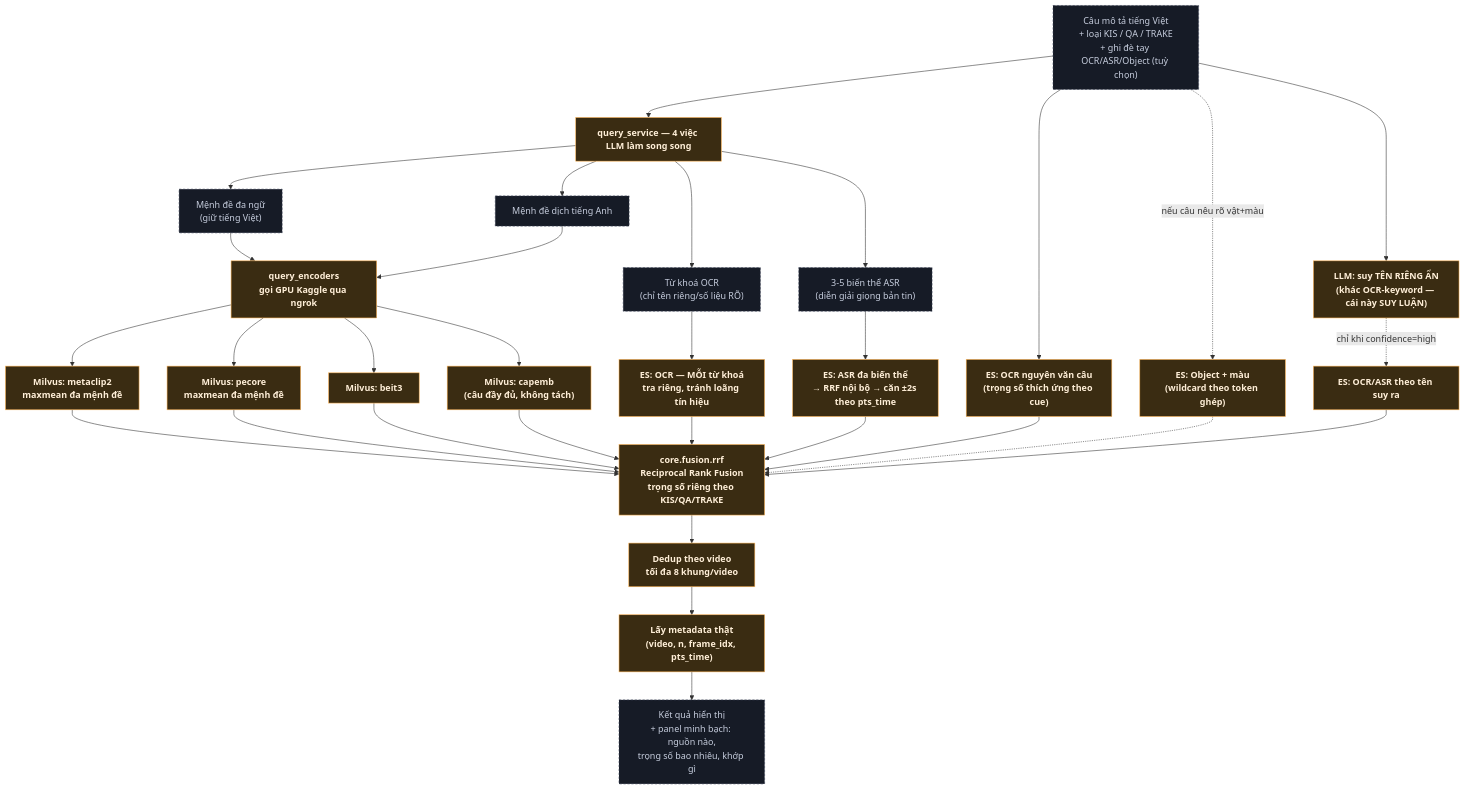
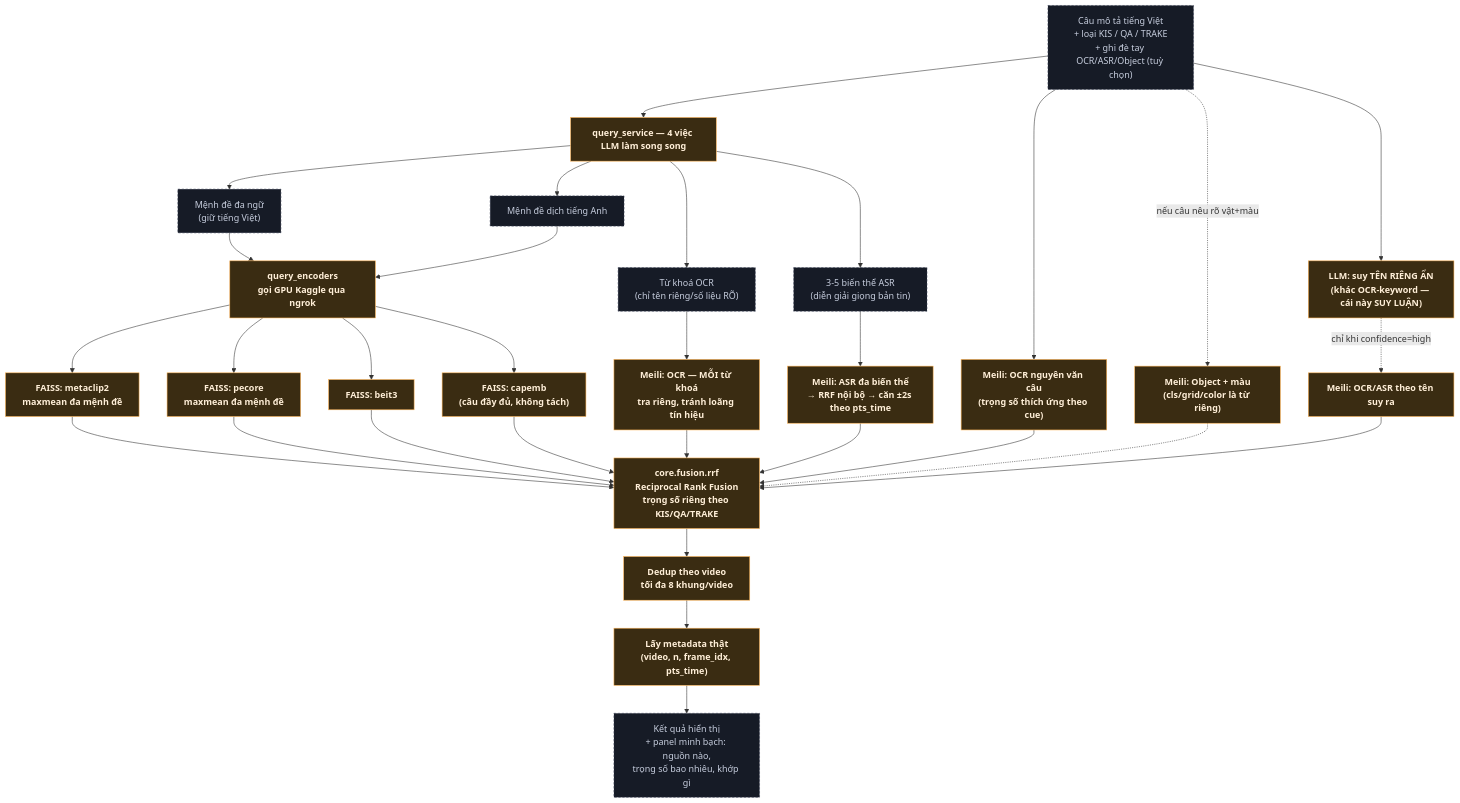
One commit to manhdungcr7/RTC_SYSTEM changed the third of 6 diagrams in PIPELINE.md. Above: the diagram before and after it, drawn with Mermaid. The commit also changed other lines of this file and 23 other files, not shown here.

````diff
--- a/PIPELINE.md
+++ b/PIPELINE.md
@@ -115,35 +115,35 @@
 ```mermaid
 flowchart TD
   classDef online fill:#3a2c12,stroke:#ffb454,color:#ffefd8,font-weight:600;
   classDef infra fill:#1c2340,stroke:#8aa2ff,color:#e6ebff,font-weight:600;
   classDef io fill:#161b26,stroke:#3a4256,color:#c7cede,stroke-dasharray: 4 3;
 
   Q["Câu mô tả tiếng Việt<br/>+ loại KIS / QA / TRAKE<br/>+ ghi đè tay OCR/ASR/Object (tuỳ chọn)"]:::io
 
   Q --> QS["query_service — 4 việc LLM làm song song"]:::online
   QS --> CMC["Mệnh đề đa ngữ<br/>(giữ tiếng Việt)"]:::io
   QS --> CEN["Mệnh đề dịch tiếng Anh"]:::io
   QS --> OKW["Từ khoá OCR<br/>(chỉ tên riêng/số liệu RÕ)"]:::io
   QS --> APA["3-5 biến thể ASR<br/>(diễn giải giọng bản tin)"]:::io
 
   CMC & CEN --> ENC["query_encoders<br/>gọi GPU Kaggle qua ngrok"]:::online
 
-  ENC --> SM["Milvus: metaclip2<br/>maxmean đa mệnh đề"]:::online
-  ENC --> SP["Milvus: pecore<br/>maxmean đa mệnh đề"]:::online
-  ENC --> SB["Milvus: beit3"]:::online
-  ENC --> SC["Milvus: capemb<br/>(câu đầy đủ, không tách)"]:::online
+  ENC --> SM["FAISS: metaclip2<br/>maxmean đa mệnh đề"]:::online
+  ENC --> SP["FAISS: pecore<br/>maxmean đa mệnh đề"]:::online
+  ENC --> SB["FAISS: beit3"]:::online
+  ENC --> SC["FAISS: capemb<br/>(câu đầy đủ, không tách)"]:::online
 
-  OKW --> ESO["ES: OCR — MỖI từ khoá<br/>tra riêng, tránh loãng tín hiệu"]:::online
-  Q --> ESOF["ES: OCR nguyên văn câu<br/>(trọng số thích ứng theo cue)"]:::online
-  APA --> ESA["ES: ASR đa biến thể<br/>→ RRF nội bộ → căn ±2s theo pts_time"]:::online
-  Q -.->|nếu câu nêu rõ vật+màu| ESOB["ES: Object + màu<br/>(wildcard theo token ghép)"]:::online
+  OKW --> MSO["Meili: OCR — MỖI từ khoá<br/>tra riêng, tránh loãng tín hiệu"]:::online
+  Q --> MSOF["Meili: OCR nguyên văn câu<br/>(trọng số thích ứng theo cue)"]:::online
+  APA --> MSA["Meili: ASR đa biến thể<br/>→ RRF nội bộ → căn ±2s theo pts_time"]:::online
+  Q -.->|nếu câu nêu rõ vật+màu| MSOB["Meili: Object + màu<br/>(cls/grid/color là từ riêng)"]:::online
   Q --> ENT["LLM: suy TÊN RIÊNG ẨN<br/>(khác OCR-keyword — cái này SUY LUẬN)"]:::online
-  ENT -.->|chỉ khi confidence=high| ESE["ES: OCR/ASR theo tên suy ra"]:::online
+  ENT -.->|chỉ khi confidence=high| MSE["Meili: OCR/ASR theo tên suy ra"]:::online
 
-  SM & SP & SB & SC & ESO & ESOF & ESA & ESE --> RRF["core.fusion.rrf<br/>Reciprocal Rank Fusion<br/>trọng số riêng theo KIS/QA/TRAKE"]:::online
-  ESOB -.-> RRF
+  SM & SP & SB & SC & MSO & MSOF & MSA & MSE --> RRF["core.fusion.rrf<br/>Reciprocal Rank Fusion<br/>trọng số riêng theo KIS/QA/TRAKE"]:::online
+  MSOB -.-> RRF
 
   RRF --> DEDUP["Dedup theo video<br/>tối đa 8 khung/video"]:::online
   DEDUP --> HYD["Lấy metadata thật<br/>(video, n, frame_idx, pts_time)"]:::online
   HYD --> UI["Kết quả hiển thị<br/>+ panel minh bạch: nguồn nào,<br/>trọng số bao nhiêu, khớp gì"]:::io
 ```
````
